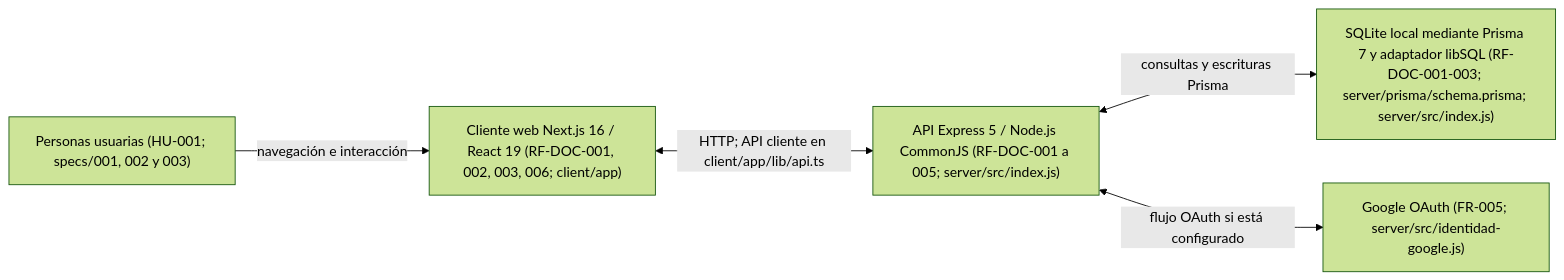
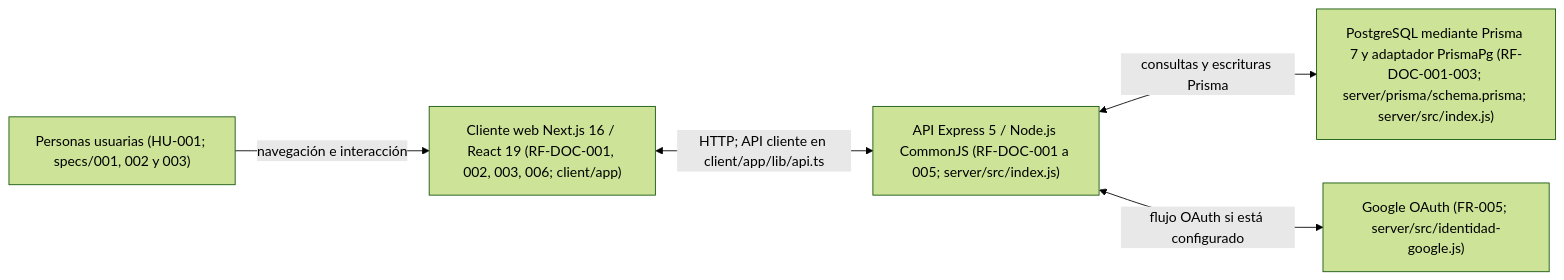
The diagram in docs/04-modelo-c4/Nivel2-DiagramadeContenedores.md (wuillpillaca27-crypto/SIGEP-UNSCH), drawn with Mermaid (forest theme) before and after one commit. The commit also changed other lines of this file and 21 other files, not shown here.

Commit message:
feat(db): establish PostgreSQL schema and runtime

````diff
--- a/docs/04-modelo-c4/Nivel2-DiagramadeContenedores.md
+++ b/docs/04-modelo-c4/Nivel2-DiagramadeContenedores.md
@@ -9,13 +9,13 @@
 ```mermaid
 flowchart LR
   Usuario["Personas usuarias (HU-001; specs/001, 002 y 003)"]
   Web["Cliente web Next.js 16 / React 19 (RF-DOC-001, 002, 003, 006; client/app)"]
   API["API Express 5 / Node.js CommonJS (RF-DOC-001 a 005; server/src/index.js)"]
-  Datos["SQLite local mediante Prisma 7 y adaptador libSQL (RF-DOC-001-003; server/prisma/schema.prisma; server/src/index.js)"]
+  Datos["PostgreSQL mediante Prisma 7 y adaptador PrismaPg (RF-DOC-001-003; server/prisma/schema.prisma; server/src/index.js)"]
   Google["Google OAuth (FR-005; server/src/identidad-google.js)"]
 
   Usuario -->|"navegación e interacción"| Web
   Web <-->|"HTTP; API cliente en client/app/lib/api.ts"| API
   API <-->|"consultas y escrituras Prisma"| Datos
   API <-->|"flujo OAuth si está configurado"| Google
 ```
````
